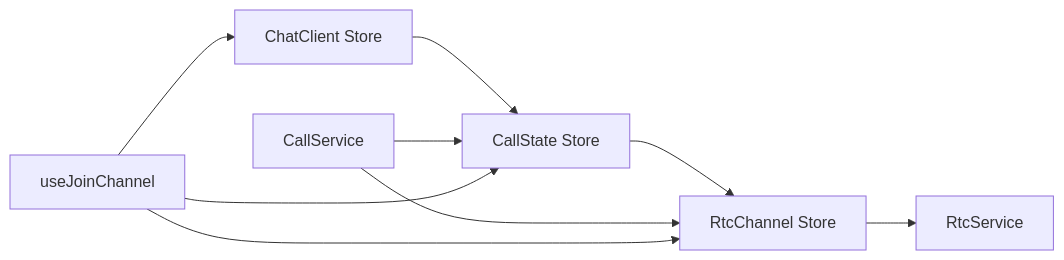
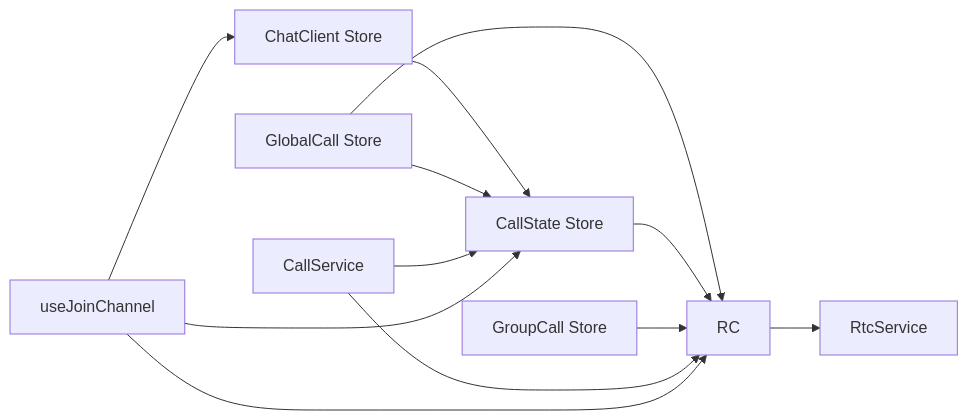
One commit to Easemob-Community/easemob-uikit-callkit-vue3 changed the fourth of 4 diagrams in .qoder/repowiki/zh/content/状态管理/状态管理.md. Above: the diagram before and after it, drawn with Mermaid. The commit also changed other lines of this file and 54 other files, not shown here.

````diff
--- a/.qoder/repowiki/zh/content/状态管理/状态管理.md
+++ b/.qoder/repowiki/zh/content/状态管理/状态管理.md
@@ -323,11 +316,14 @@
 ```mermaid
 graph LR
 CC["ChatClient Store"] --> CS["CallState Store"]
-CS --> RC["RtcChannel Store"]
+GC["GlobalCall Store"] --> CS
+GC --> RC
+CS --> RC
+GCS["GroupCall Store"] --> RC
 RC --> RS["RtcService"]
 CSVC["CallService"] --> CS
 CSVC --> RC
 UJC["useJoinChannel"] --> CS
 UJC --> RC
 UJC --> CC
 ```
````
